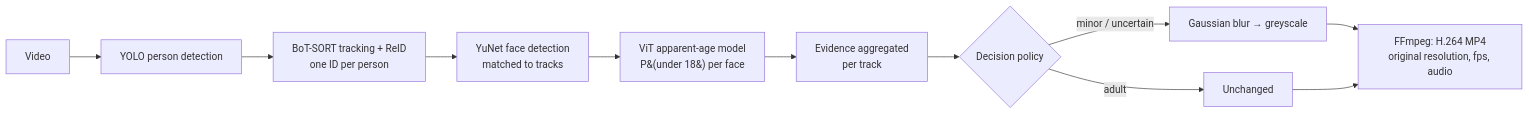
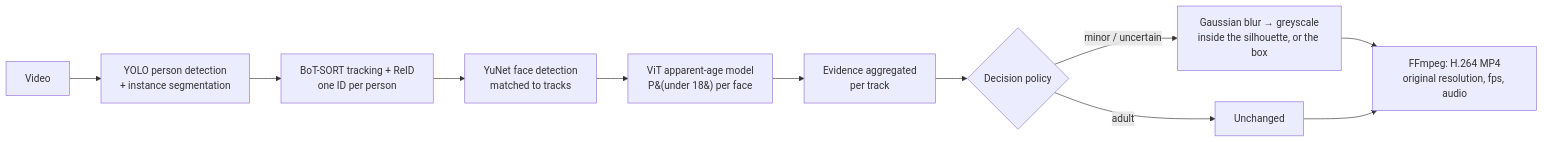
Before and after one commit to issamarida/safeframe: the diagram in docs/TECHNICAL.md, drawn with Mermaid. The commit also changed other lines of this file and 5 other files, not shown here.

First line of the commit message:
docs: document silhouette blur, mask format and fallback

````diff
--- a/docs/TECHNICAL.md
+++ b/docs/TECHNICAL.md
@@ -33,13 +33,13 @@
 ```mermaid
 flowchart LR
-    A[Video] --> B[YOLO person detection]
+    A[Video] --> B[YOLO person detection<br/>+ instance segmentation]
     B --> C[BoT-SORT tracking + ReID<br/>one ID per person]
     C --> D[YuNet face detection<br/>matched to tracks]
     D --> E[ViT apparent-age model<br/>P&#40;under 18&#41; per face]
     E --> F[Evidence aggregated<br/>per track]
     F --> G{Decision policy}
-    G -->|minor / uncertain| H[Gaussian blur → greyscale]
+    G -->|minor / uncertain| H[Gaussian blur → greyscale<br/>inside the silhouette, or the box]
     G -->|adult| I[Unchanged]
     H --> J[FFmpeg: H.264 MP4<br/>original resolution, fps, audio]
     I --> J
 ```
````
